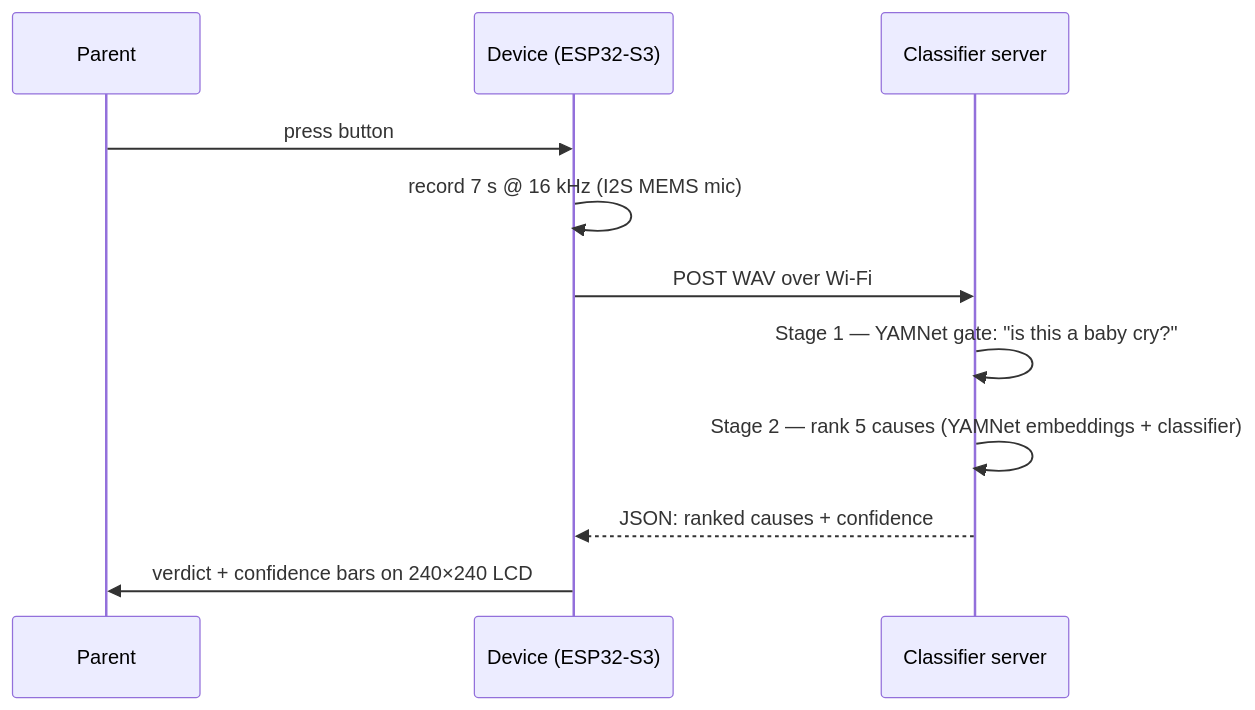
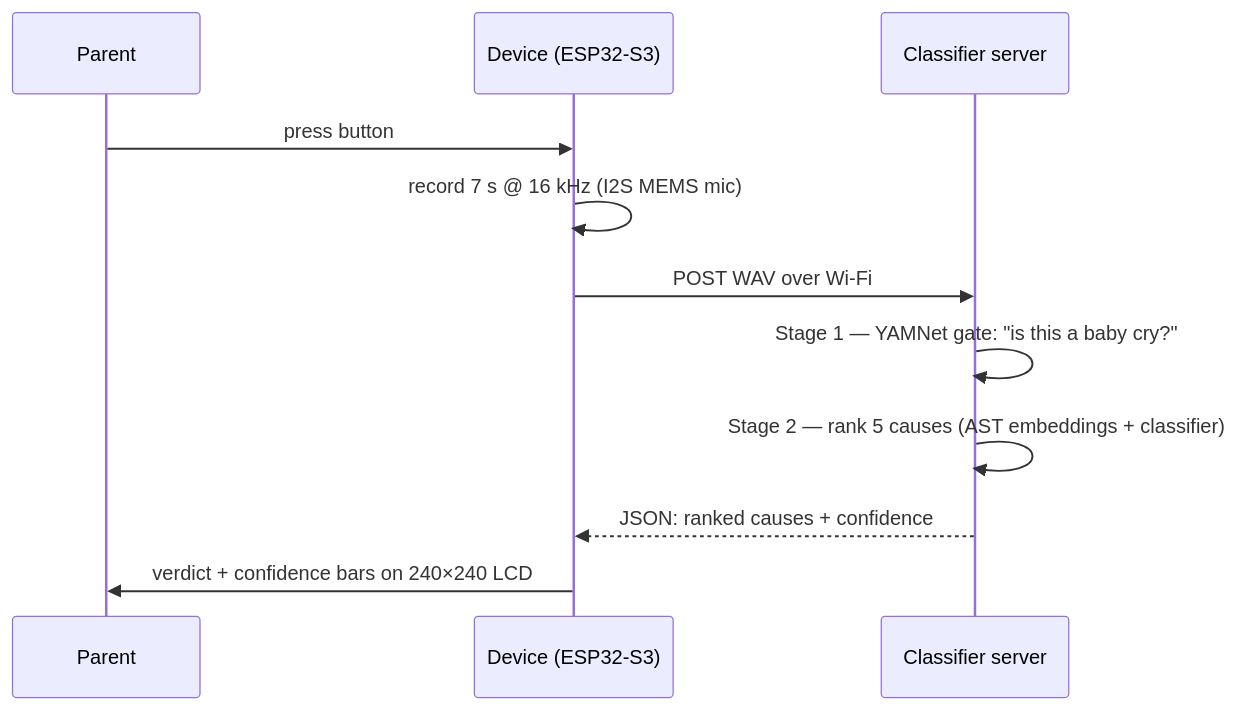
The second of 2 diagrams in README.md (iamlohit/crybaby), drawn with Mermaid before and after one commit. The commit also changed other lines of this file and 25 other files, not shown here.

Commit message:
fix: second-opinion schema, voicebot system prompt, docs cleanup

````diff
--- a/README.md
+++ b/README.md
@@ -24,13 +62,13 @@
 ```mermaid
 sequenceDiagram
     participant P as Parent
     participant D as Device (ESP32-S3)
     participant S as Classifier server
     P->>D: press button
     D->>D: record 7 s @ 16 kHz (I2S MEMS mic)
     D->>S: POST WAV over Wi-Fi
     S->>S: Stage 1 — YAMNet gate: "is this a baby cry?"
-    S->>S: Stage 2 — rank 5 causes (YAMNet embeddings + classifier)
+    S->>S: Stage 2 — rank 5 causes (AST embeddings + classifier)
     S-->>D: JSON: ranked causes + confidence
     D->>P: verdict + confidence bars on 240×240 LCD
 ```
````
